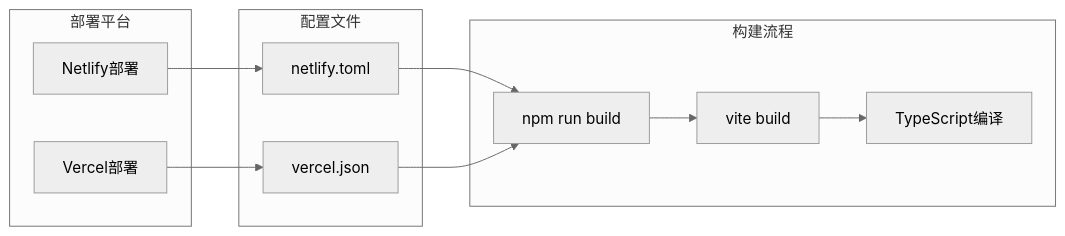
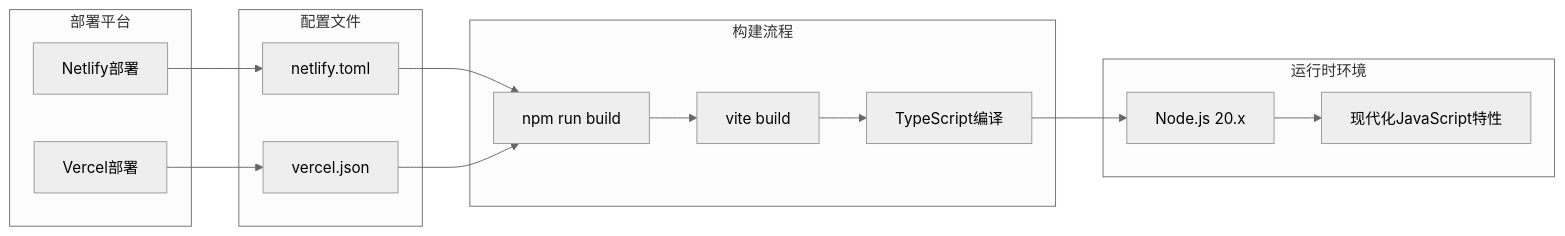
Before and after one commit to liangxuanliang-cmd/carbon-info-agent: the second of 8 diagrams in .qoder/repowiki/zh/content/部署与维护/现代化部署配置.md, drawn with Mermaid (neutral theme). The commit also changed other lines of this file and 5 other files, not shown here.

````diff
--- a/.qoder/repowiki/zh/content/部署与维护/现代化部署配置.md
+++ b/.qoder/repowiki/zh/content/部署与维护/现代化部署配置.md
@@ -124,22 +131,28 @@
 ```mermaid
 graph LR
 subgraph "部署平台"
 A[Netlify部署]
 B[Vercel部署]
 end
 subgraph "配置文件"
 C[netlify.toml]
 D[vercel.json]
 end
 subgraph "构建流程"
 E[npm run build]
 F[vite build]
 G[TypeScript编译]
 end
+subgraph "运行时环境"
+H[Node.js 20.x]
+I[现代化JavaScript特性]
+end
 A --> C
 B --> D
 C --> E
 D --> E
 E --> F
 F --> G
+G --> H
+H --> I
 ```
````
